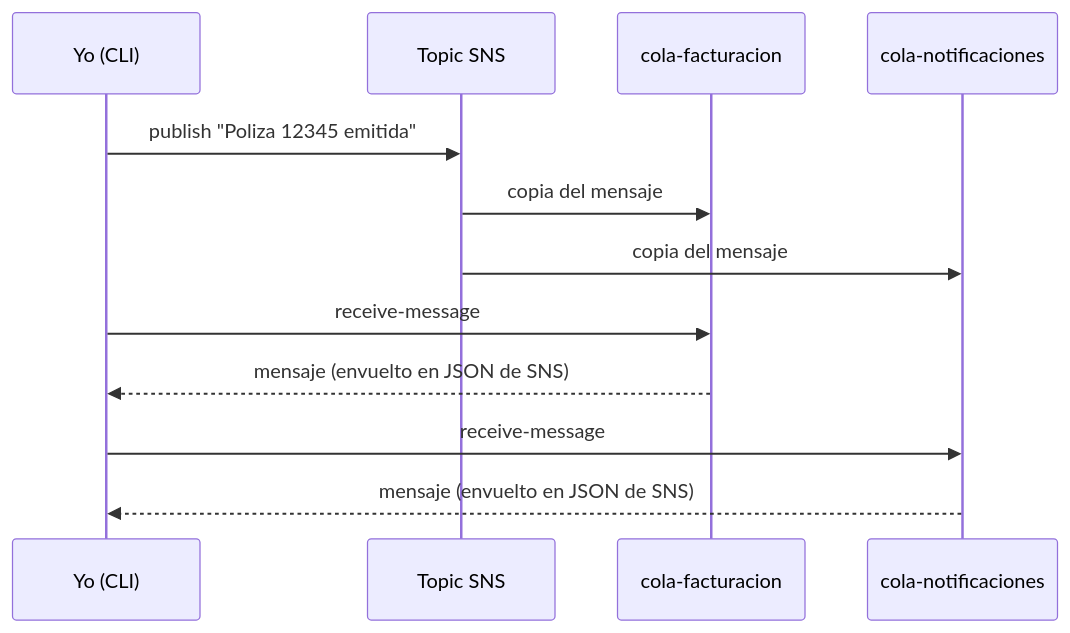
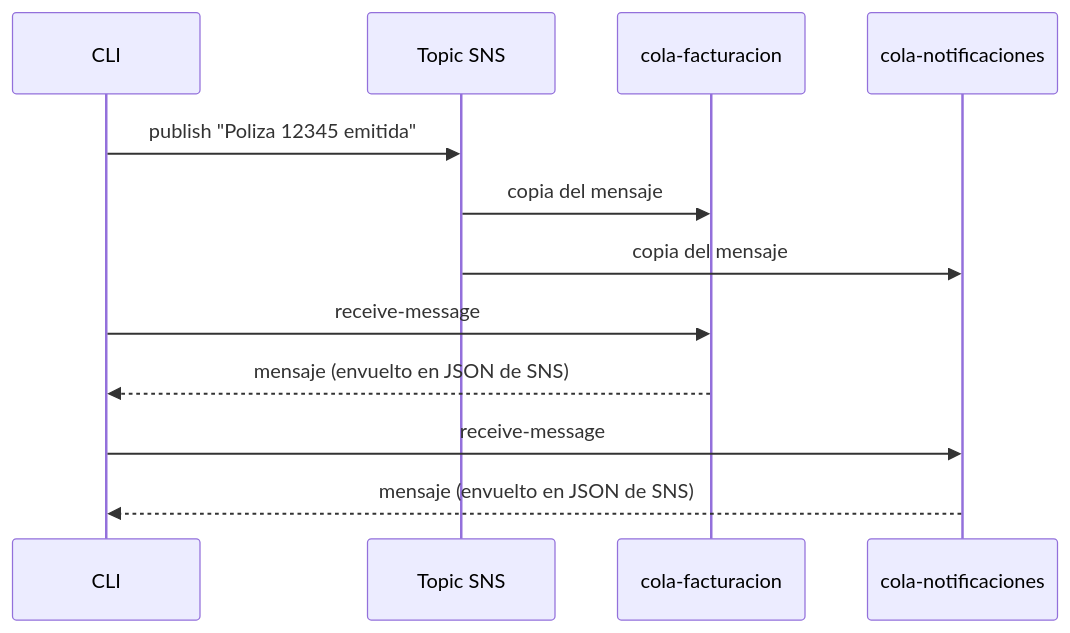
The second of 3 diagrams in README.md (pupialesjose/FLOCI5-SNS), drawn with Mermaid before and after one commit. The commit also changed other lines of this file, not shown here.

````diff
--- a/README.md
+++ b/README.md
@@ -93,15 +95,15 @@
 ```mermaid
 sequenceDiagram
-    participant Yo as Yo (CLI)
+    participant CLI as CLI
     participant SNS as Topic SNS
     participant F as cola-facturacion
     participant N as cola-notificaciones
 
-    Yo->>SNS: publish "Poliza 12345 emitida"
+    CLI->>SNS: publish "Poliza 12345 emitida"
     SNS->>F: copia del mensaje
     SNS->>N: copia del mensaje
-    Yo->>F: receive-message
-    F-->>Yo: mensaje (envuelto en JSON de SNS)
-    Yo->>N: receive-message
-    N-->>Yo: mensaje (envuelto en JSON de SNS)
+    CLI->>F: receive-message
+    F-->>CLI: mensaje (envuelto en JSON de SNS)
+    CLI->>N: receive-message
+    N-->>CLI: mensaje (envuelto en JSON de SNS)
 ```
````
